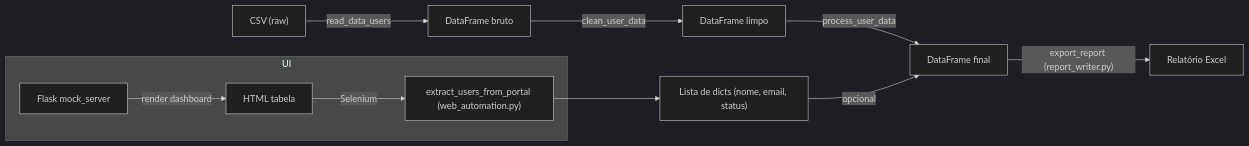
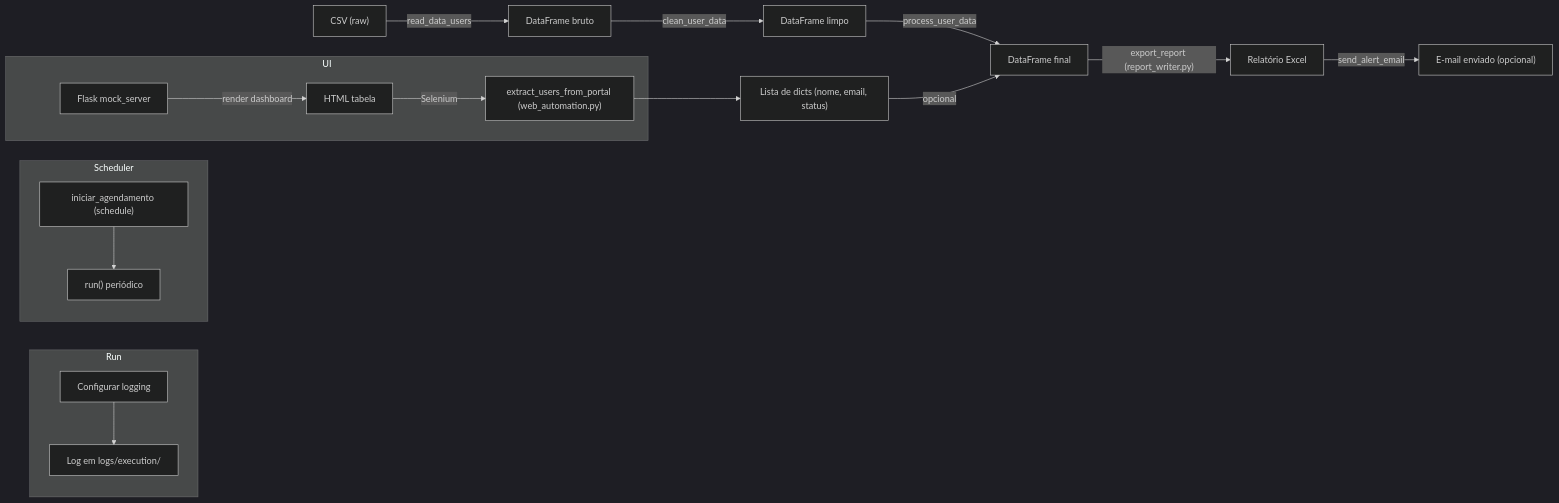
Before and after one commit to jamesgcastrof/smartlicense-rpa: the diagram in README.md, drawn with Mermaid (dark theme). The commit also changed other lines of this file, not shown here.

Commit message:
docs: atualizar diagrama Mermaid com logging, email e agendamento

````diff
--- a/README.md
+++ b/README.md
@@ -115,15 +115,23 @@
 ```mermaid
-
 flowchart LR
     A["CSV (raw)"] -->|"read_data_users"| B["DataFrame bruto"]
     B -->|"clean_user_data"| C["DataFrame limpo"]
     C -->|"process_user_data"| D["DataFrame final"]
     D -->|"export_report (report_writer.py)"| E["Relatório Excel"]
+    E -->|"send_alert_email"| F["E‑mail enviado (opcional)"]
+
+    subgraph Run
+        G["Configurar logging"] --> H["Log em logs/execution/"]
+    end
+
+    subgraph Scheduler
+        I["iniciar_agendamento (schedule)"] --> J["run() periódico"]
+    end
 
     subgraph UI
-        F["Flask mock_server"] -->|"render dashboard"| G["HTML tabela"]
-        G -->|"Selenium"| H["extract_users_from_portal (web_automation.py)"]
+        K["Flask mock_server"] -->|"render dashboard"| L["HTML tabela"]
+        L -->|"Selenium"| M["extract_users_from_portal (web_automation.py)"]
     end
-    H --> I["Lista de dicts (nome, email, status)"]
-    I -->|"opcional"| D
+    M --> N["Lista de dicts (nome, email, status)"]
+    N -->|"opcional"| D
 ```
````
